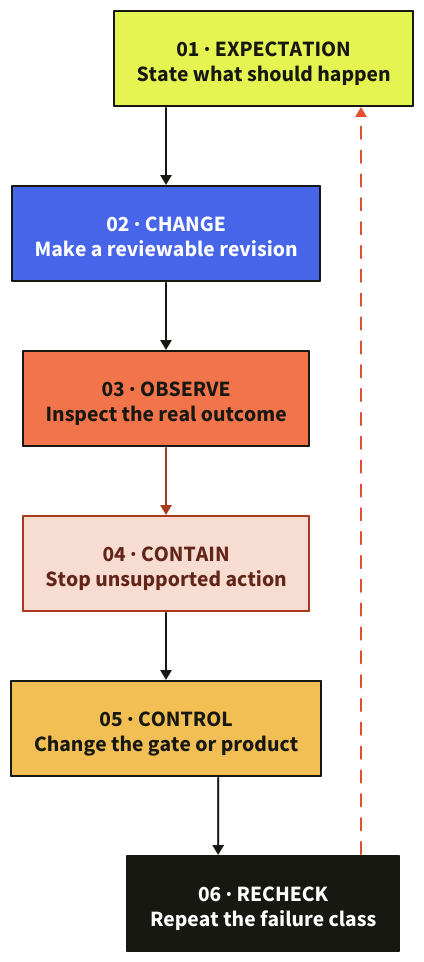
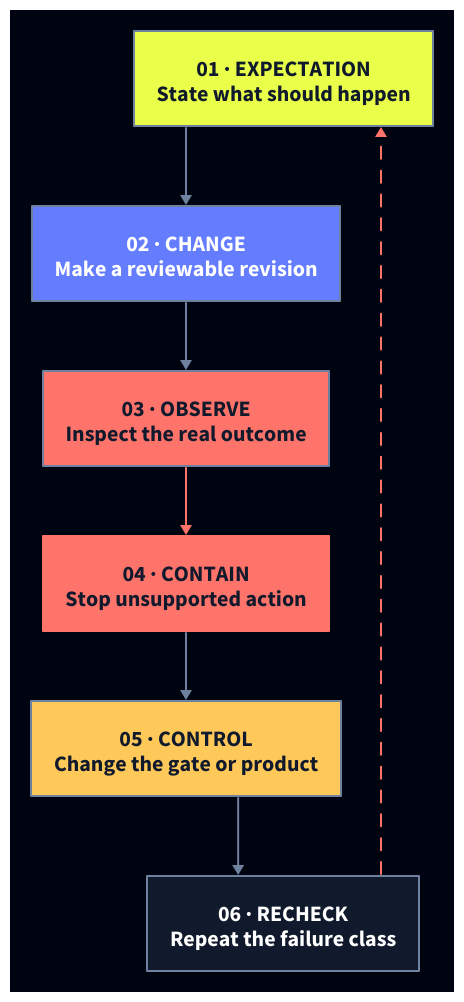
The diagram in diagrams/failure-loop-mobile.d2 (loftwah/woodhouse-new), drawn with D2 before and after one commit. The commit also changed 105 other files, not shown here.

```diff
--- a/diagrams/failure-loop-mobile.d2
+++ b/diagrams/failure-loop-mobile.d2
@@ -1,16 +1,16 @@
 direction: down
-vars: {d2-config: {layout-engine: elk; theme-id: 0}}
+vars: {d2-config: {layout-engine: elk; theme-id: 201}}
 
-belief: "01 · EXPECTATION\nState what should happen" {style.fill: "#E6F451"; style.stroke: "#171812"; style.stroke-width: 2; style.font-color: "#171812"; style.font-size: 22; style.bold: true}
-attempt: "02 · CHANGE\nMake a reviewable revision" {style.fill: "#4665E8"; style.stroke: "#171812"; style.stroke-width: 2; style.font-color: "#FFFFFF"; style.font-size: 22; style.bold: true}
-observe: "03 · OBSERVE\nInspect the real outcome" {style.fill: "#F2744A"; style.stroke: "#171812"; style.stroke-width: 2; style.font-color: "#171812"; style.font-size: 22; style.bold: true}
-contain: "04 · CONTAIN\nStop unsupported action" {style.fill: "#F7DDD1"; style.stroke: "#A83A20"; style.stroke-width: 2; style.font-color: "#632519"; style.font-size: 22; style.bold: true}
-control: "05 · CONTROL\nChange the gate or product" {style.fill: "#F1BF54"; style.stroke: "#171812"; style.stroke-width: 2; style.font-color: "#171812"; style.font-size: 22; style.bold: true}
-recheck: "06 · RECHECK\nRepeat the failure class" {style.fill: "#171812"; style.stroke: "#171812"; style.stroke-width: 2; style.font-color: "#FFFFFF"; style.font-size: 22; style.bold: true}
+belief: "01 · EXPECTATION\nState what should happen" {style.fill: "#E9FF49"; style.stroke: "#6E819F"; style.stroke-width: 2; style.font-color: "#111A2C"; style.font-size: 22; style.bold: true}
+attempt: "02 · CHANGE\nMake a reviewable revision" {style.fill: "#647DFF"; style.stroke: "#6E819F"; style.stroke-width: 2; style.font-color: "#FFFFFF"; style.font-size: 22; style.bold: true}
+observe: "03 · OBSERVE\nInspect the real outcome" {style.fill: "#FF746A"; style.stroke: "#6E819F"; style.stroke-width: 2; style.font-color: "#111A2C"; style.font-size: 22; style.bold: true}
+contain: "04 · CONTAIN\nStop unsupported action" {style.fill: "#FF746A"; style.stroke: "#FF746A"; style.stroke-width: 2; style.font-color: "#111A2C"; style.font-size: 22; style.bold: true}
+control: "05 · CONTROL\nChange the gate or product" {style.fill: "#FFC95A"; style.stroke: "#6E819F"; style.stroke-width: 2; style.font-color: "#111A2C"; style.font-size: 22; style.bold: true}
+recheck: "06 · RECHECK\nRepeat the failure class" {style.fill: "#111A2C"; style.stroke: "#6E819F"; style.stroke-width: 2; style.font-color: "#FFFFFF"; style.font-size: 22; style.bold: true}
 
-belief -> attempt {style.stroke: "#171812"; style.stroke-width: 2; style.font-size: 15}
-attempt -> observe {style.stroke: "#171812"; style.stroke-width: 2; style.font-size: 15}
-observe -> contain {style.stroke: "#A83A20"; style.stroke-width: 2; style.font-size: 15}
-contain -> control {style.stroke: "#171812"; style.stroke-width: 2; style.font-size: 15}
-control -> recheck {style.stroke: "#171812"; style.stroke-width: 2; style.font-size: 15}
-recheck -> belief {style.stroke: "#E34E31"; style.stroke-width: 2; style.stroke-dash: 6; style.font-size: 15}
+belief -> attempt {style.stroke: "#6E819F"; style.stroke-width: 2; style.font-size: 15}
+attempt -> observe {style.stroke: "#6E819F"; style.stroke-width: 2; style.font-size: 15}
+observe -> contain {style.stroke: "#FF746A"; style.stroke-width: 2; style.font-size: 15}
+contain -> control {style.stroke: "#6E819F"; style.stroke-width: 2; style.font-size: 15}
+control -> recheck {style.stroke: "#6E819F"; style.stroke-width: 2; style.font-size: 15}
+recheck -> belief {style.stroke: "#FF746A"; style.stroke-width: 2; style.stroke-dash: 6; style.font-size: 15}
```
